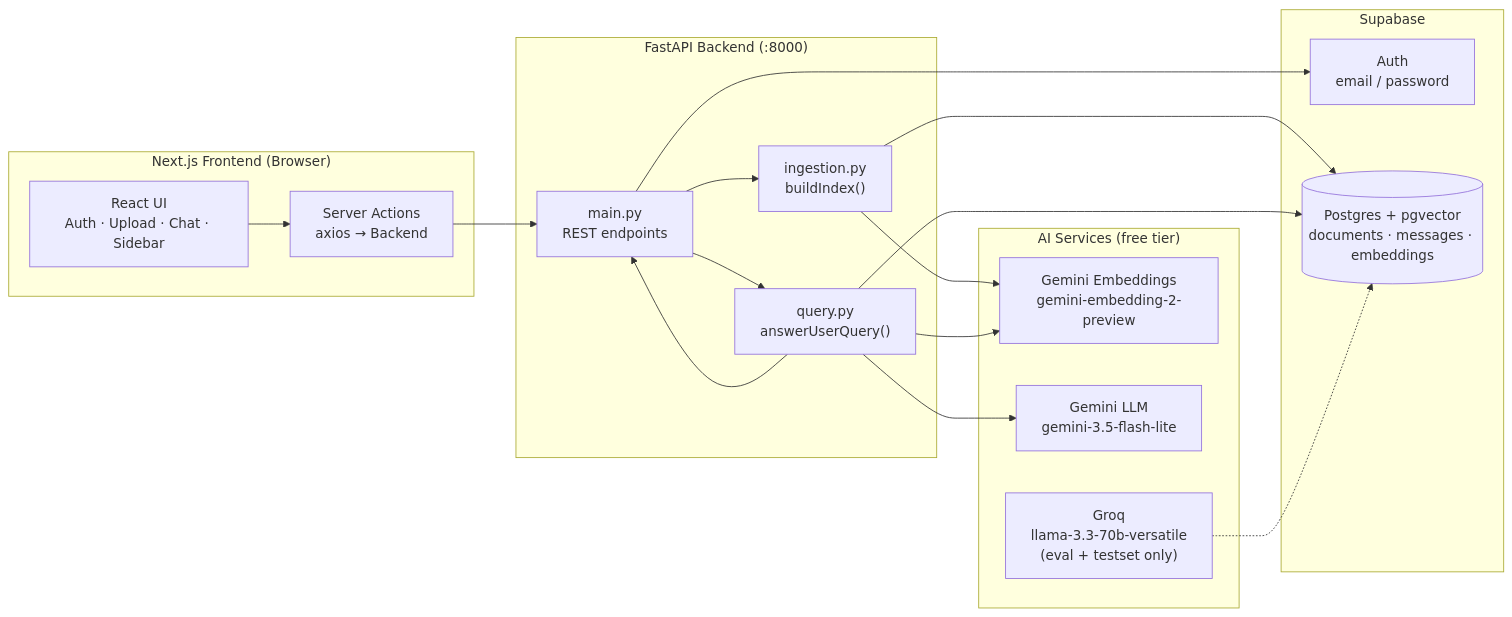
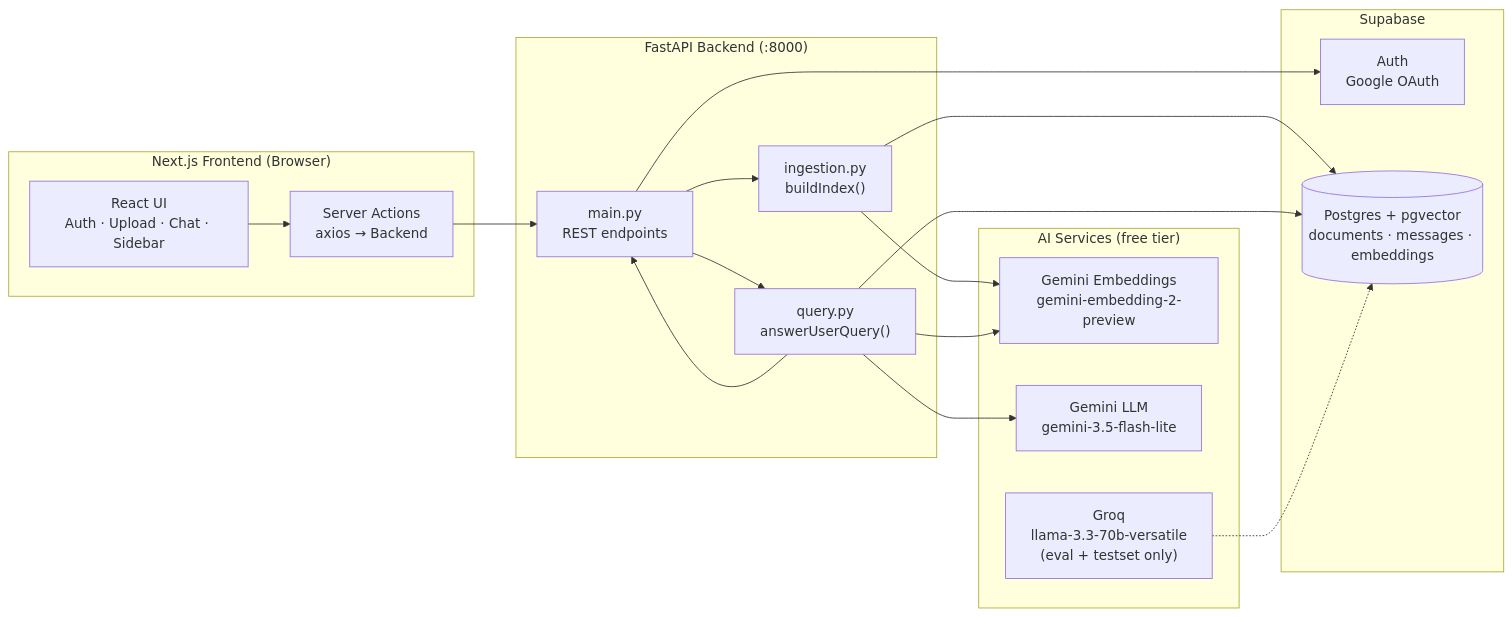
The first of 3 diagrams in README.md (aadityasingh9601/ChatPdf), drawn with Mermaid before and after one commit. The commit also changed other lines of this file and 8 other files, not shown here.

Commit message:
replaced auth with google OAuth

````diff
--- a/README.md
+++ b/README.md
@@ -90,37 +90,37 @@
 ```mermaid
 flowchart LR
     subgraph Client["Next.js Frontend (Browser)"]
         UI["React UI<br/>Auth · Upload · Chat · Sidebar"]
         SA["Server Actions<br/>axios → Backend"]
     end
 
     subgraph Supabase["Supabase"]
-        AUTH["Auth<br/>email / password"]
+        AUTH["Auth<br/>Google OAuth"]
         PG[("Postgres + pgvector<br/>documents · messages · embeddings")]
     end
 
     subgraph Backend["FastAPI Backend (:8000)"]
         API["main.py<br/>REST endpoints"]
         ING["ingestion.py<br/>buildIndex()"]
         QRY["query.py<br/>answerUserQuery()"]
     end
 
     subgraph AI["AI Services (free tier)"]
         EMB["Gemini Embeddings<br/>gemini-embedding-2-preview"]
         GEN["Gemini LLM<br/>gemini-3.5-flash-lite"]
         GROQ["Groq<br/>llama-3.3-70b-versatile<br/>(eval + testset only)"]
     end
 
     UI --> SA
     SA --> API
     API --> AUTH
     API --> ING
     API --> QRY
     ING --> EMB
     ING --> PG
     QRY --> PG
     QRY --> EMB
     QRY --> GEN
     QRY --> API
     GROQ -.-> PG
 ```
````
